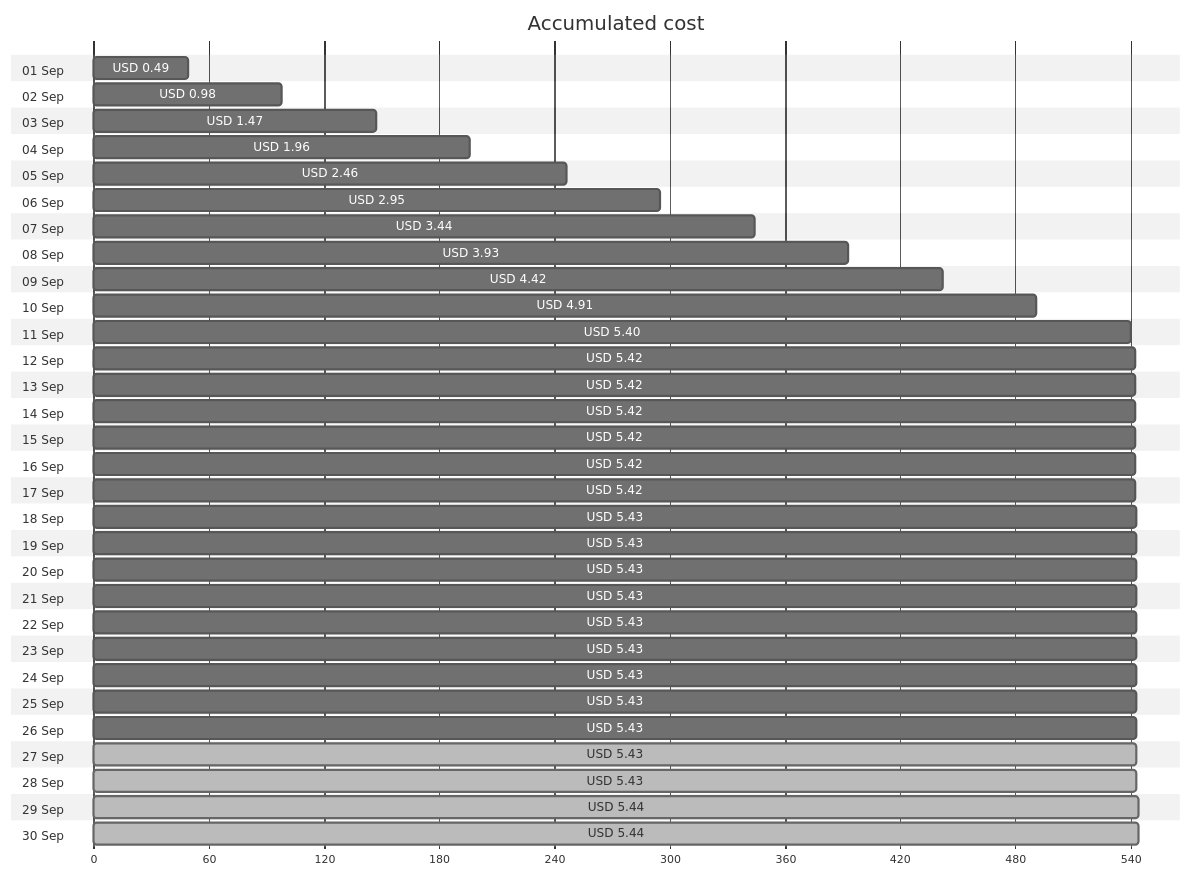
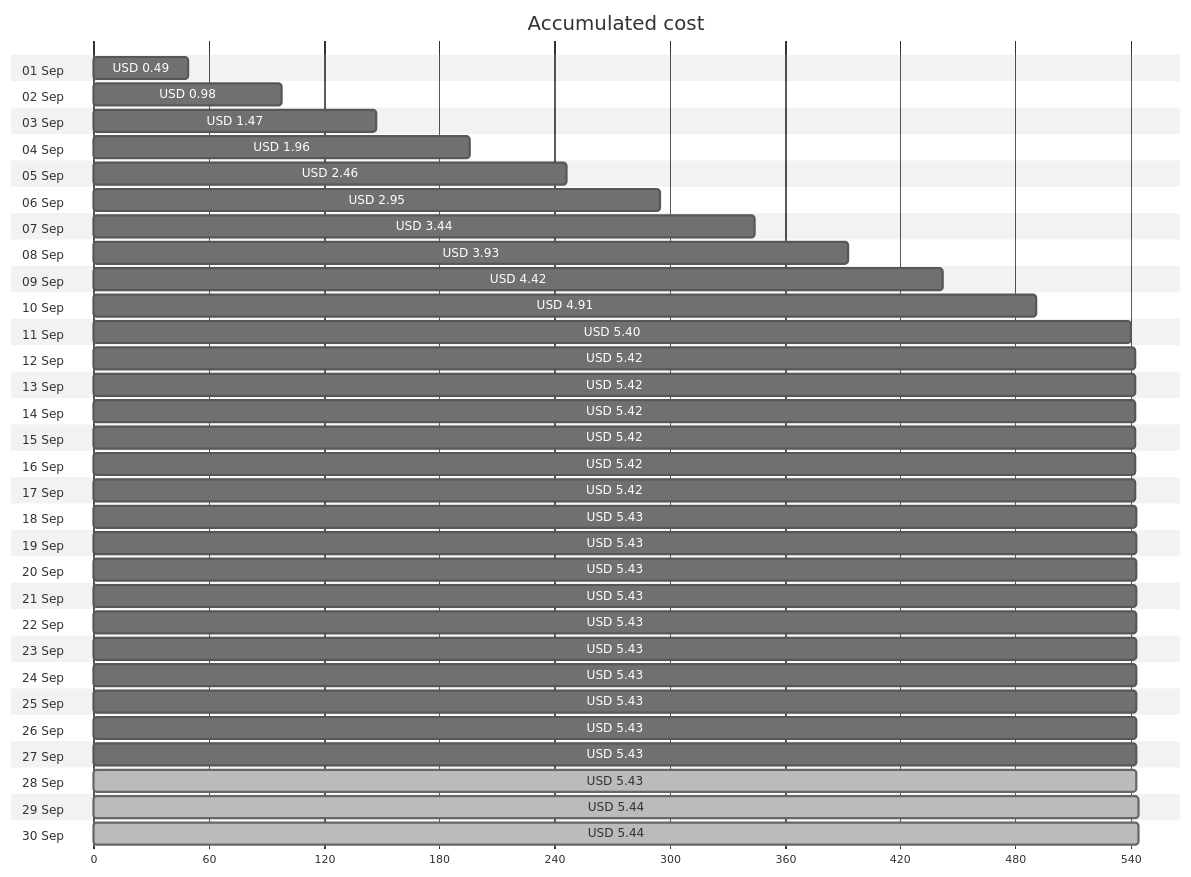
Before and after one commit to jpfulton/azure-personal-reports: the first of 4 diagrams in cost-reports/personal-site/personalsiteapipreview.md, drawn with Mermaid (neutral theme). The commit also changed other lines of this file and 7 other files, not shown here.

````diff
--- a/cost-reports/personal-site/personalsiteapipreview.md
+++ b/cost-reports/personal-site/personalsiteapipreview.md
@@ -20,66 +20,66 @@
 ```mermaid
 gantt
    title Accumulated cost
    dateFormat  X
    axisFormat %s
    section 01 Sep
    USD 0.49 :0, 49
    section 02 Sep
    USD 0.98 :0, 98
    section 03 Sep
    USD 1.47 :0, 147
    section 04 Sep
    USD 1.96 :0, 196
    section 05 Sep
    USD 2.46 :0, 246
    section 06 Sep
    USD 2.95 :0, 295
    section 07 Sep
    USD 3.44 :0, 344
    section 08 Sep
    USD 3.93 :0, 393
    section 09 Sep
    USD 4.42 :0, 442
    section 10 Sep
    USD 4.91 :0, 491
    section 11 Sep
    USD 5.40 :0, 540
    section 12 Sep
    USD 5.42 :0, 542
    section 13 Sep
    USD 5.42 :0, 542
    section 14 Sep
    USD 5.42 :0, 542
    section 15 Sep
    USD 5.42 :0, 542
    section 16 Sep
    USD 5.42 :0, 542
    section 17 Sep
    USD 5.42 :0, 542
    section 18 Sep
    USD 5.43 :0, 543
    section 19 Sep
    USD 5.43 :0, 543
    section 20 Sep
    USD 5.43 :0, 543
    section 21 Sep
    USD 5.43 :0, 543
    section 22 Sep
    USD 5.43 :0, 543
    section 23 Sep
    USD 5.43 :0, 543
    section 24 Sep
    USD 5.43 :0, 543
    section 25 Sep
    USD 5.43 :0, 543
    section 26 Sep
    USD 5.43 :0, 543
    section 27 Sep
-   USD 5.43 : done, 0, 543
+   USD 5.43 :0, 543
    section 28 Sep
    USD 5.43 : done, 0, 543
    section 29 Sep
    USD 5.44 : done, 0, 544
    section 30 Sep
    USD 5.44 : done, 0, 544
 ```
````
